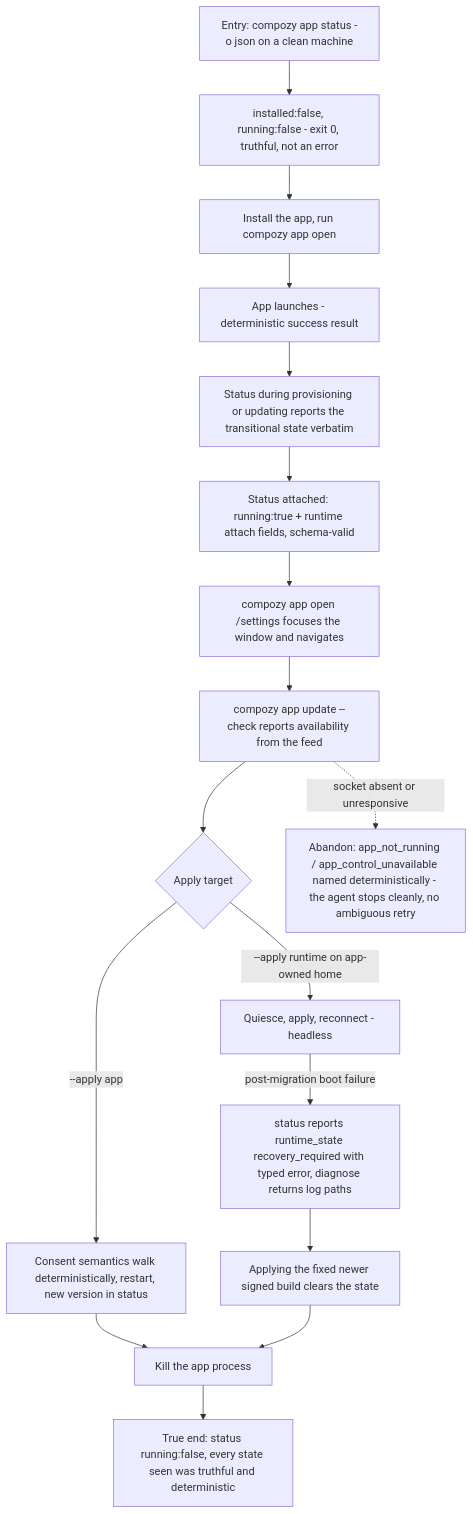
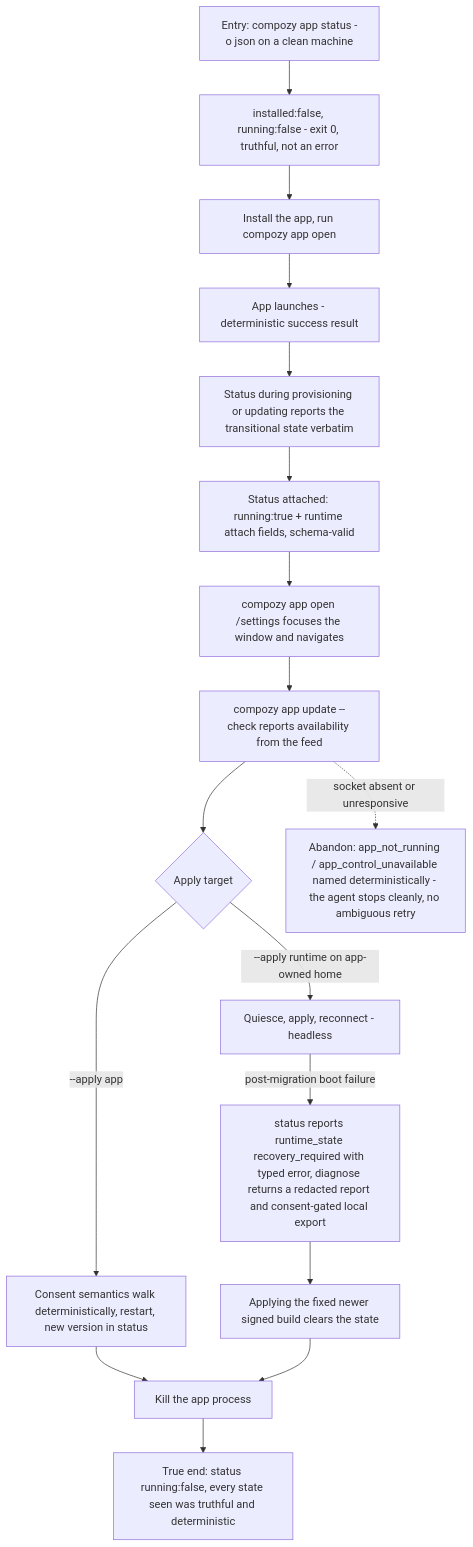
One commit to compozy/compozy changed the diagram in docs/qa/journeys/J-desktop-agent-headless.md. Above: the diagram before and after it, drawn with Mermaid. The commit also changed other lines of this file and 96 other files, not shown here.

````diff
--- a/docs/qa/journeys/J-desktop-agent-headless.md
+++ b/docs/qa/journeys/J-desktop-agent-headless.md
@@ -7,19 +7,19 @@
 ```mermaid
 flowchart TD
     A[Entry: compozy app status -o json on a clean machine] --> B[installed:false, running:false - exit 0, truthful, not an error]
     B --> C[Install the app, run compozy app open]
     C --> D[App launches - deterministic success result]
     D --> E[Status during provisioning or updating reports the transitional state verbatim]
     E --> F[Status attached: running:true + runtime attach fields, schema-valid]
     F --> G[compozy app open /settings focuses the window and navigates]
     G --> H[compozy app update --check reports availability from the feed]
     H --> I{Apply target}
     I -->|--apply app| J[Consent semantics walk deterministically, restart, new version in status]
     I -->|--apply runtime on app-owned home| K[Quiesce, apply, reconnect - headless]
-    K -->|post-migration boot failure| L[status reports runtime_state recovery_required with typed error, diagnose returns log paths]
+    K -->|post-migration boot failure| L[status reports runtime_state recovery_required with typed error, diagnose returns a redacted report and consent-gated local export]
     L --> M[Applying the fixed newer signed build clears the state]
     J --> N[Kill the app process]
     M --> N
     N --> O[True end: status running:false, every state seen was truthful and deterministic]
     H -.->|socket absent or unresponsive| X1[Abandon: app_not_running / app_control_unavailable named deterministically - the agent stops cleanly, no ambiguous retry]
 ```
````
